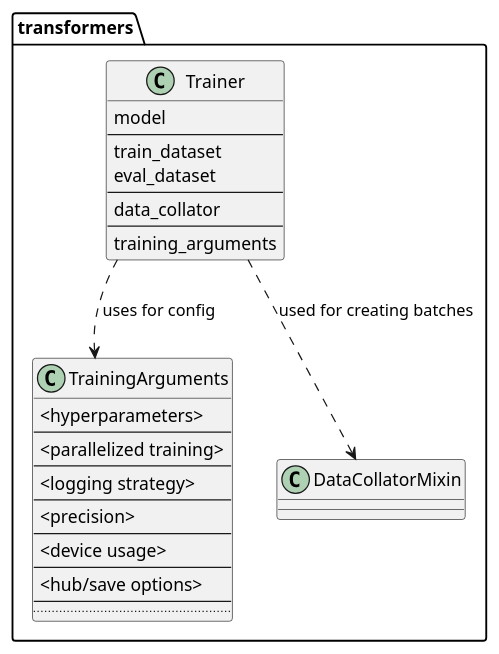
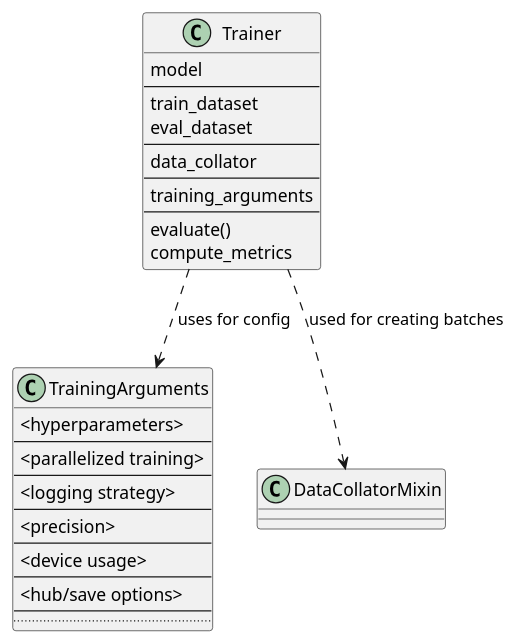
Before and after one commit to acloudfan/gen-ai-app-dev: the diagram in HuggingFace/puml/transformers-trainer.puml, drawn with PlantUML. The commit also changed 2 other files, not shown here.

```diff
--- a/HuggingFace/puml/transformers-trainer.puml
+++ b/HuggingFace/puml/transformers-trainer.puml
@@ -1,42 +1,46 @@
 @startuml
 
 ' https://huggingface.co/docs/transformers/en/main_classes/trainer
-package  transformers {
+' package  transformers {
     ' https://huggingface.co/docs/transformers/v4.47.1/en/main_classes/trainer#transformers.Trainer
     class Trainer {
         model
         --
         train_dataset
         eval_dataset
         --
         data_collator
         --
         training_arguments
+        --
+        evaluate()
+        compute_metrics
     }
 
     ' https://huggingface.co/docs/transformers/v4.47.1/en/main_classes/trainer#transformers.TrainingArguments
     class TrainingArguments {
         <hyperparameters>
         --
         <parallelized training>
         --
         <logging strategy>
         --
         <precision>
         --
         <device usage>
         --
         <hub/save options>
         --
         ..
     }
 
     ' https://huggingface.co/docs/transformers/v4.47.1/en/main_classes/data_collator#data-collator
     class DataCollatorMixin {
         
     }
-}
+' }
 
 Trainer ..> TrainingArguments : uses for config
 Trainer ..> DataCollatorMixin : used for creating batches
+
 @enduml
```
